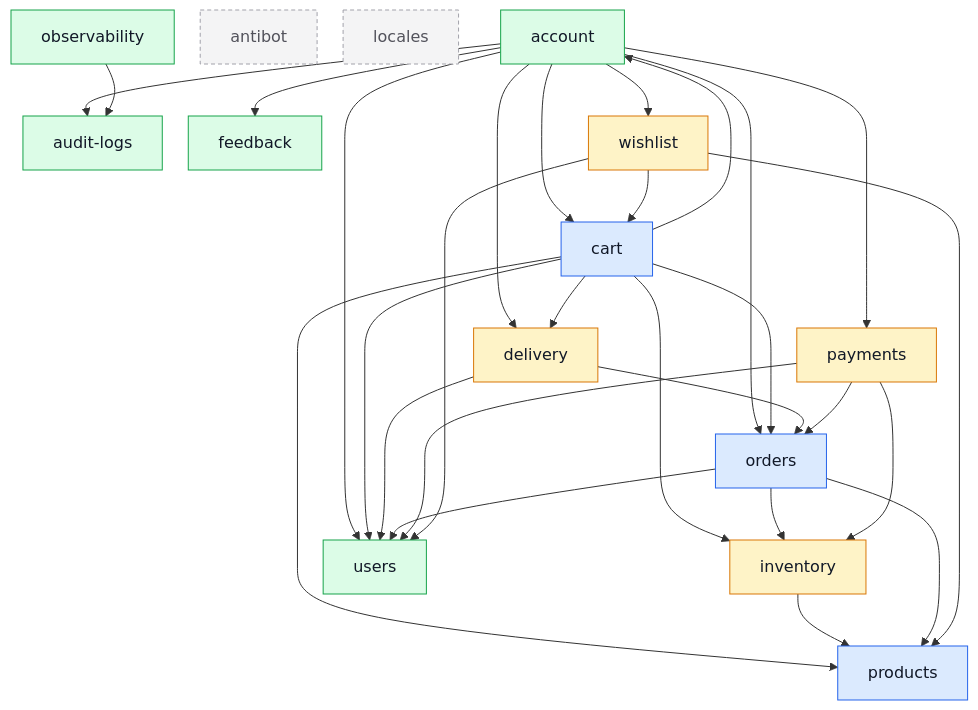
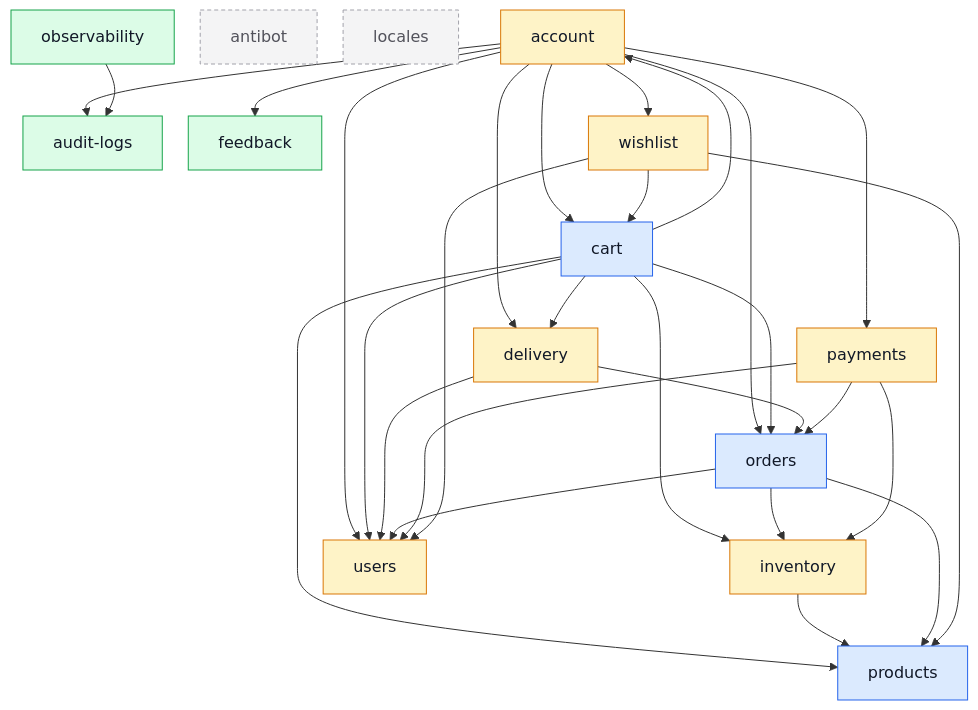
The diagram in docs/modules/index.md (Guebbit/boilerplate-node-backend), drawn with Mermaid before and after one commit. The commit also changed other lines of this file and 13 other files, not shown here.

````diff
--- a/docs/modules/index.md
+++ b/docs/modules/index.md
@@ -40,55 +40,55 @@
 ```mermaid
 %%{init: {'flowchart': {'nodeSpacing': 26, 'rankSpacing': 52}}}%%
 flowchart TD
     account
     antibot
     audit_logs["audit-logs"]
     cart
     delivery
     feedback
     inventory
     locales
     observability
     orders
     payments
     products
     users
     wishlist
 
     account --> audit_logs
     account --> cart
     account --> delivery
     account --> feedback
     account --> orders
     account --> payments
     account --> users
     account --> wishlist
     cart --> account
     cart --> delivery
     cart --> inventory
     cart --> orders
     cart --> products
     cart --> users
     delivery --> orders
     delivery --> users
     inventory --> products
     observability --> audit_logs
     orders --> inventory
     orders --> products
     orders --> users
     payments --> inventory
     payments --> orders
     payments --> users
     wishlist --> cart
     wishlist --> products
     wishlist --> users
 
     classDef core fill:#dbeafe,stroke:#2563eb,color:#111827;
     classDef supporting fill:#fef3c7,stroke:#d97706,color:#111827;
     classDef generic fill:#dcfce7,stroke:#16a34a,color:#111827;
     classDef isolated fill:#f4f4f5,stroke:#a1a1aa,color:#52525b,stroke-dasharray:4 3;
     class cart,orders,products core;
-    class delivery,inventory,payments,wishlist supporting;
-    class account,audit_logs,feedback,observability,users generic;
+    class account,delivery,inventory,payments,users,wishlist supporting;
+    class audit_logs,feedback,observability generic;
     class antibot,locales isolated;
 ```
````
